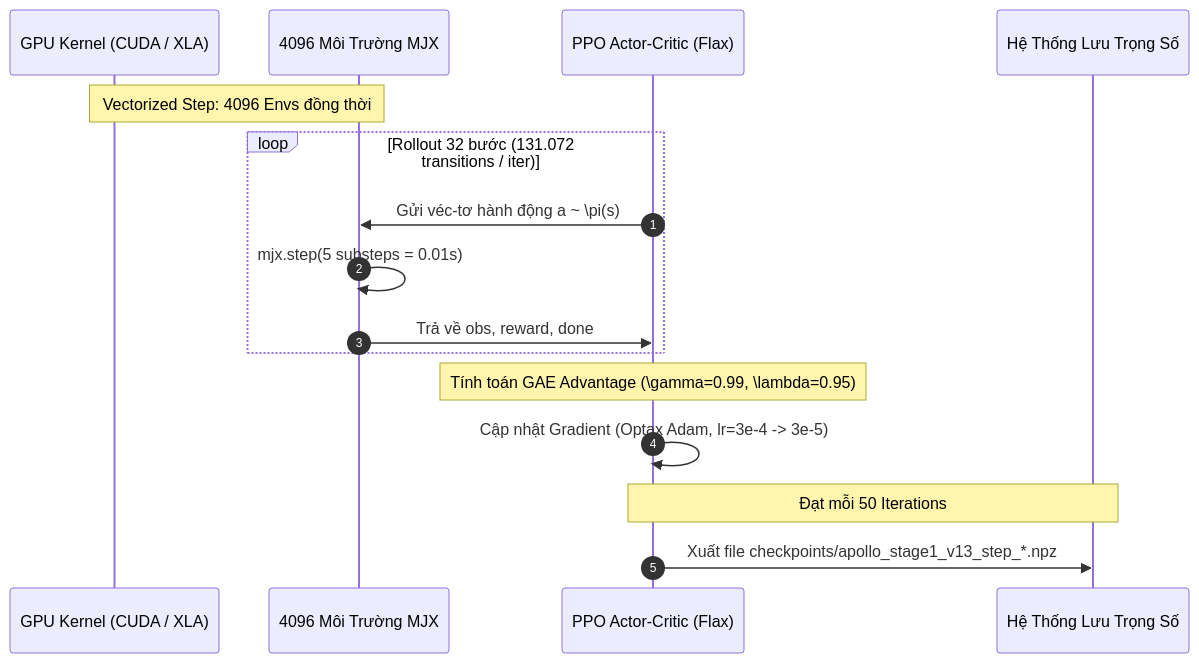
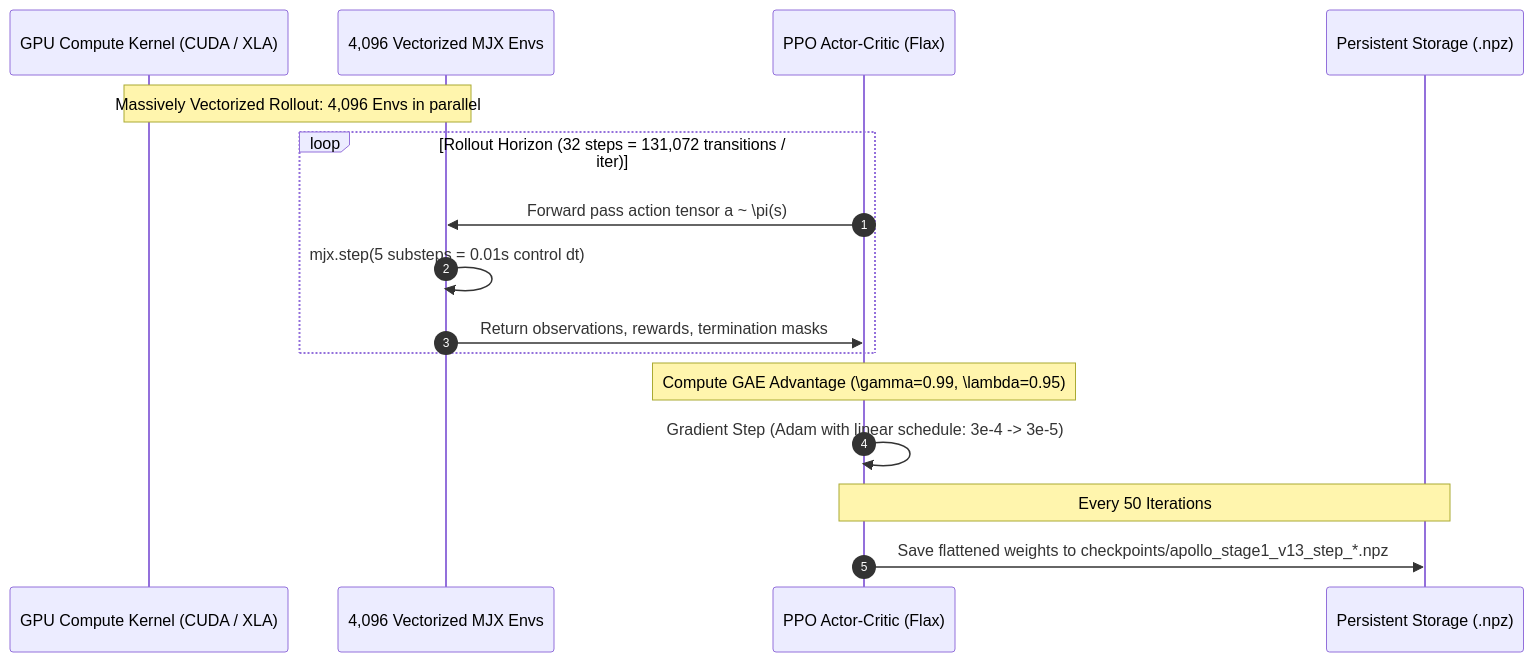
One commit to tranvanmanh9325/medical-science changed the third of 3 diagrams in README.md. Above: the diagram before and after it, drawn with Mermaid. The commit also changed other lines of this file, not shown here.

````diff
--- a/README.md
+++ b/README.md
@@ -190,19 +192,19 @@
 ```mermaid
 sequenceDiagram
     autonumber
-    participant GPU as GPU Kernel (CUDA / XLA)
-    participant Envs as 4096 Môi Trường MJX
+    participant GPU as GPU Compute Kernel (CUDA / XLA)
+    participant Envs as 4,096 Vectorized MJX Envs
     participant PPO as PPO Actor-Critic (Flax)
-    participant Checkpoint as Hệ Thống Lưu Trọng Số
+    participant Checkpoint as Persistent Storage (.npz)
 
-    Note over GPU,Envs: Vectorized Step: 4096 Envs đồng thời
-    loop Rollout 32 bước (131.072 transitions / iter)
-        PPO->>Envs: Gửi véc-tơ hành động a ~ \pi(s)
-        Envs->>Envs: mjx.step(5 substeps = 0.01s)
-        Envs->>PPO: Trả về obs, reward, done
+    Note over GPU,Envs: Massively Vectorized Rollout: 4,096 Envs in parallel
+    loop Rollout Horizon (32 steps = 131,072 transitions / iter)
+        PPO->>Envs: Forward pass action tensor a ~ \pi(s)
+        Envs->>Envs: mjx.step(5 substeps = 0.01s control dt)
+        Envs->>PPO: Return observations, rewards, termination masks
     end
-    Note over PPO: Tính toán GAE Advantage (\gamma=0.99, \lambda=0.95)
-    PPO->>PPO: Cập nhật Gradient (Optax Adam, lr=3e-4 -> 3e-5)
-    Note over PPO,Checkpoint: Đạt mỗi 50 Iterations
-    PPO->>Checkpoint: Xuất file checkpoints/apollo_stage1_v13_step_*.npz
+    Note over PPO: Compute GAE Advantage (\gamma=0.99, \lambda=0.95)
+    PPO->>PPO: Gradient Step (Adam with linear schedule: 3e-4 -> 3e-5)
+    Note over PPO,Checkpoint: Every 50 Iterations
+    PPO->>Checkpoint: Save flattened weights to checkpoints/apollo_stage1_v13_step_*.npz
 ```
````
